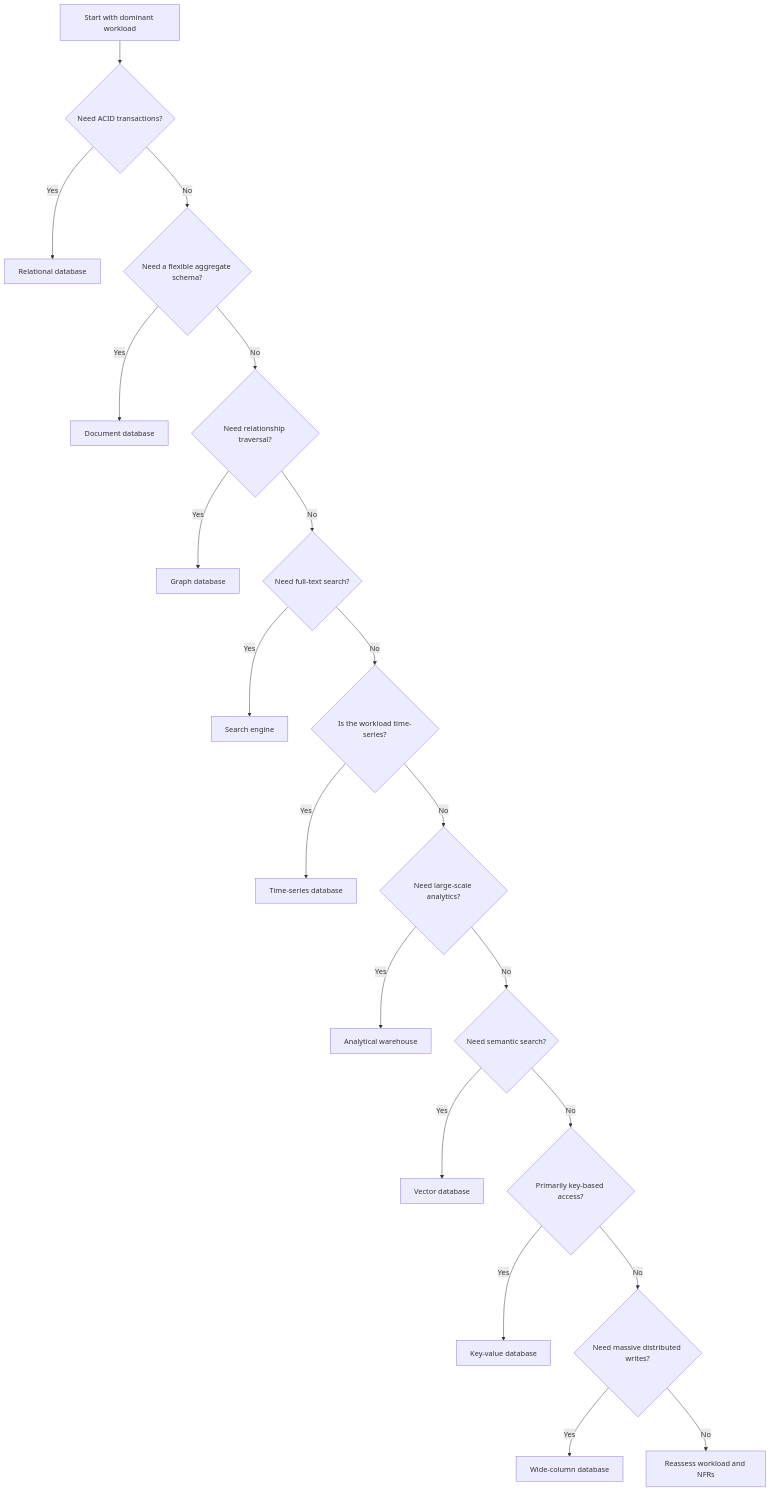
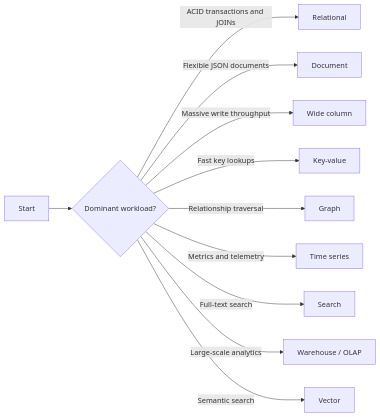
The second of 3 diagrams in content/technology-playbook/how-to-choose-database.md (pradeep2Tech/pradeep2Tech.github.io), drawn with Mermaid before and after one commit. The commit also changed other lines of this file, not shown here.

````diff
--- a/content/technology-playbook/how-to-choose-database.md
+++ b/content/technology-playbook/how-to-choose-database.md
@@ -368,22 +306,13 @@
 ```mermaid
-flowchart TD
-  startNode["Start with dominant workload"] --> acidDecision{"Need ACID transactions?"}
-  acidDecision -->|Yes| relationalDb["Relational database"]
-  acidDecision -->|No| schemaDecision{"Need a flexible aggregate schema?"}
-  schemaDecision -->|Yes| documentDb["Document database"]
-  schemaDecision -->|No| relationshipDecision{"Need relationship traversal?"}
-  relationshipDecision -->|Yes| graphDb["Graph database"]
-  relationshipDecision -->|No| textDecision{"Need full-text search?"}
-  textDecision -->|Yes| searchEngine["Search engine"]
-  textDecision -->|No| timeDecision{"Is the workload time-series?"}
-  timeDecision -->|Yes| timeSeriesDb["Time-series database"]
-  timeDecision -->|No| analyticsDecision{"Need large-scale analytics?"}
-  analyticsDecision -->|Yes| analyticalWarehouse["Analytical warehouse"]
-  analyticsDecision -->|No| semanticDecision{"Need semantic search?"}
-  semanticDecision -->|Yes| vectorDb["Vector database"]
-  semanticDecision -->|No| keyDecision{"Primarily key-based access?"}
-  keyDecision -->|Yes| keyValueDb["Key-value database"]
-  keyDecision -->|No| writeDecision{"Need massive distributed writes?"}
-  writeDecision -->|Yes| wideColumnDb["Wide-column database"]
-  writeDecision -->|No| reassessNode["Reassess workload and NFRs"]
+flowchart LR
+  startNode["Start"] --> workload{"Dominant workload?"}
+  workload -->|"ACID transactions and JOINs"| relationalDb["Relational"]
+  workload -->|"Flexible JSON documents"| documentDb["Document"]
+  workload -->|"Massive write throughput"| wideColumnDb["Wide column"]
+  workload -->|"Fast key lookups"| keyValueDb["Key-value"]
+  workload -->|"Relationship traversal"| graphDb["Graph"]
+  workload -->|"Metrics and telemetry"| timeSeriesDb["Time series"]
+  workload -->|"Full-text search"| searchEngine["Search"]
+  workload -->|"Large-scale analytics"| analyticalWarehouse["Warehouse / OLAP"]
+  workload -->|"Semantic search"| vectorDb["Vector"]
 ```
````
